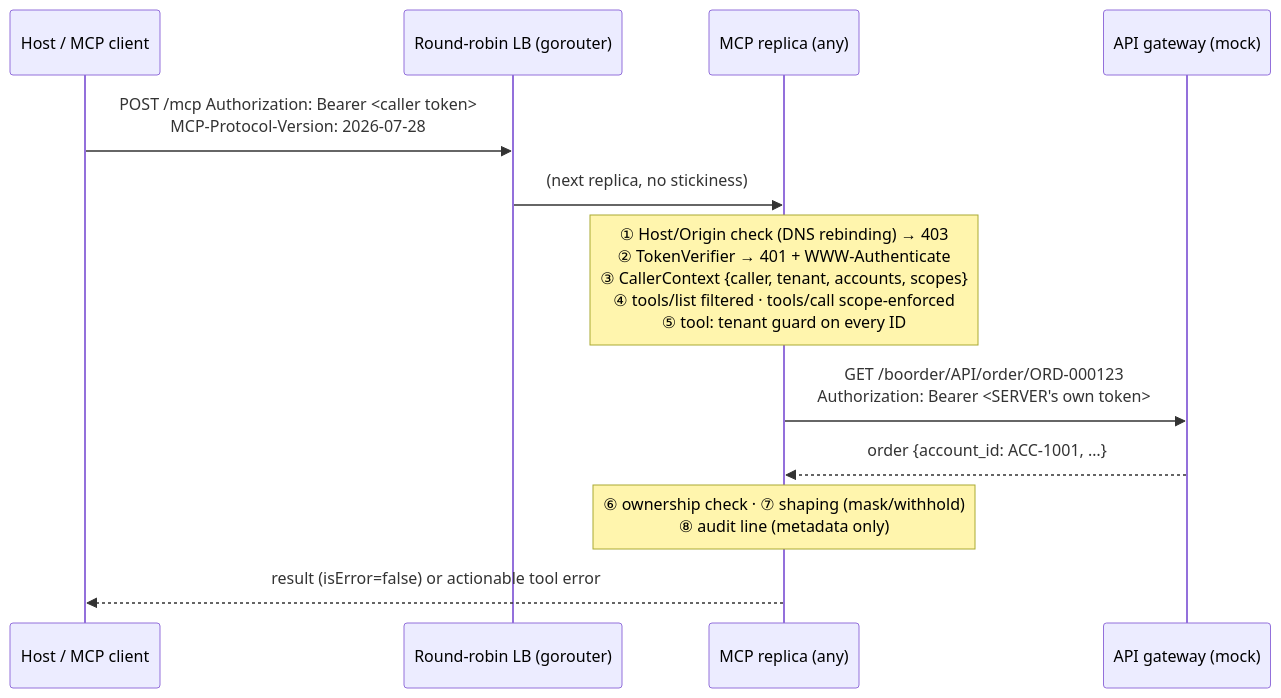
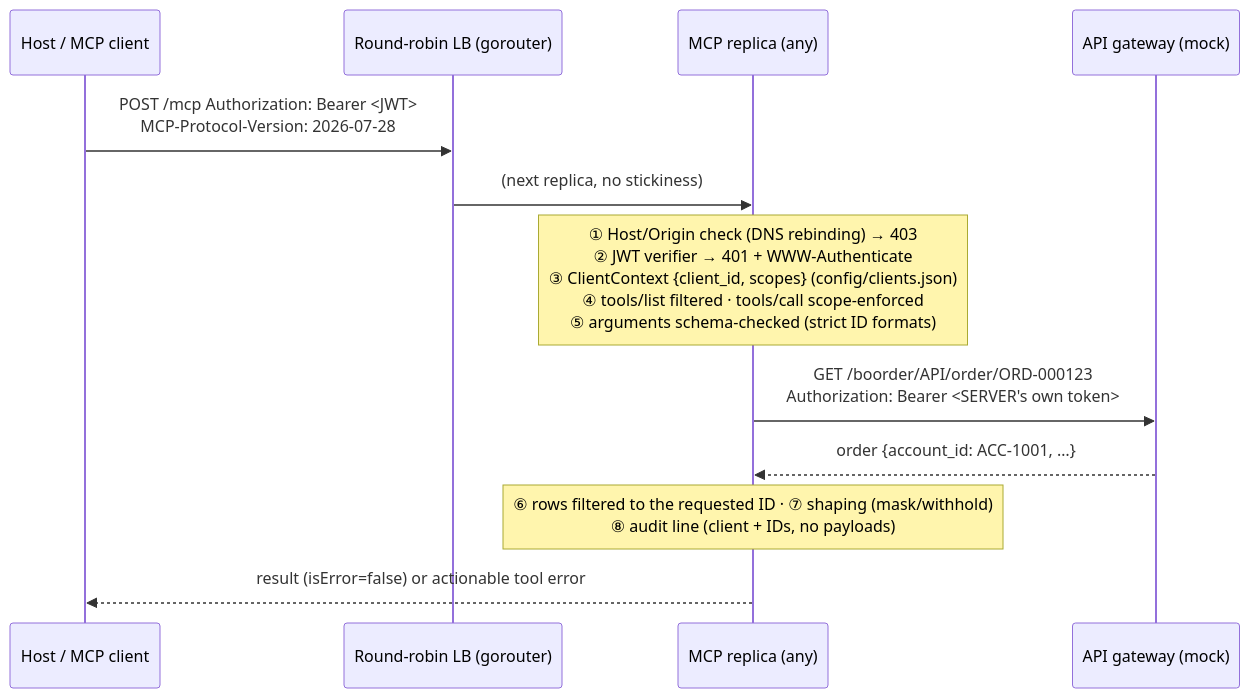
The diagram in docs/04-http-security-scaling.md (teja1989/Intel-Inteligence-mcp), drawn with Mermaid before and after one commit. The commit also changed other lines of this file and 72 other files, not shown here.

````diff
--- a/docs/04-http-security-scaling.md
+++ b/docs/04-http-security-scaling.md
@@ -22,14 +23,14 @@
 ```mermaid
 sequenceDiagram
     participant H as Host / MCP client
     participant LB as Round-robin LB (gorouter)
     participant S as MCP replica (any)
     participant G as API gateway (mock)
-    H->>LB: POST /mcp  Authorization: Bearer <caller token><br/>MCP-Protocol-Version: 2026-07-28
+    H->>LB: POST /mcp  Authorization: Bearer <JWT><br/>MCP-Protocol-Version: 2026-07-28
     LB->>S: (next replica, no stickiness)
-    Note over S: ① Host/Origin check (DNS rebinding) → 403<br/>② TokenVerifier → 401 + WWW-Authenticate<br/>③ CallerContext {caller, tenant, accounts, scopes}<br/>④ tools/list filtered · tools/call scope-enforced<br/>⑤ tool: tenant guard on every ID
+    Note over S: ① Host/Origin check (DNS rebinding) → 403<br/>② JWT verifier → 401 + WWW-Authenticate<br/>③ ClientContext {client_id, scopes} (config/clients.json)<br/>④ tools/list filtered · tools/call scope-enforced<br/>⑤ arguments schema-checked (strict ID formats)
     S->>G: GET /boorder/API/order/ORD-000123<br/>Authorization: Bearer <SERVER's own token>
     G-->>S: order {account_id: ACC-1001, …}
-    Note over S: ⑥ ownership check · ⑦ shaping (mask/withhold)<br/>⑧ audit line (metadata only)
+    Note over S: ⑥ rows filtered to the requested ID · ⑦ shaping (mask/withhold)<br/>⑧ audit line (client + IDs, no payloads)
     S-->>H: result (isError=false) or actionable tool error
 ```
````
